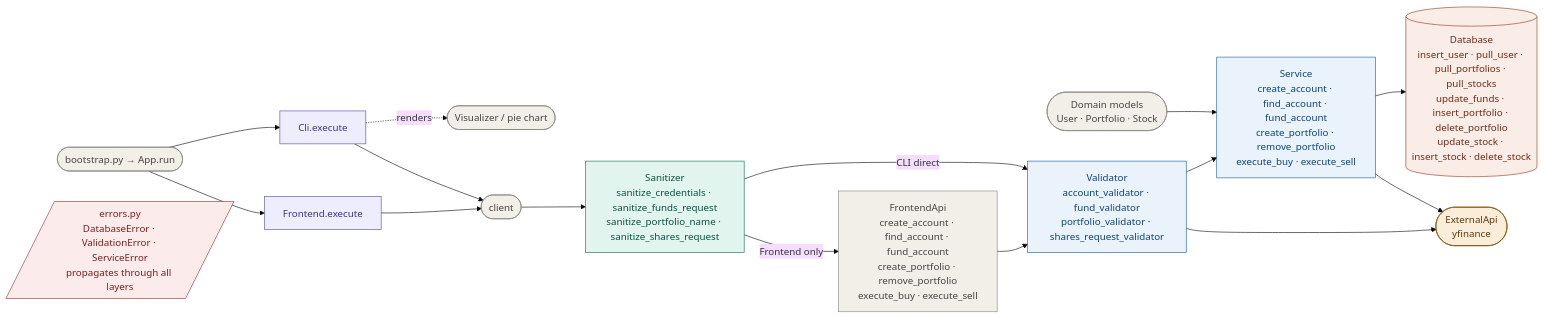
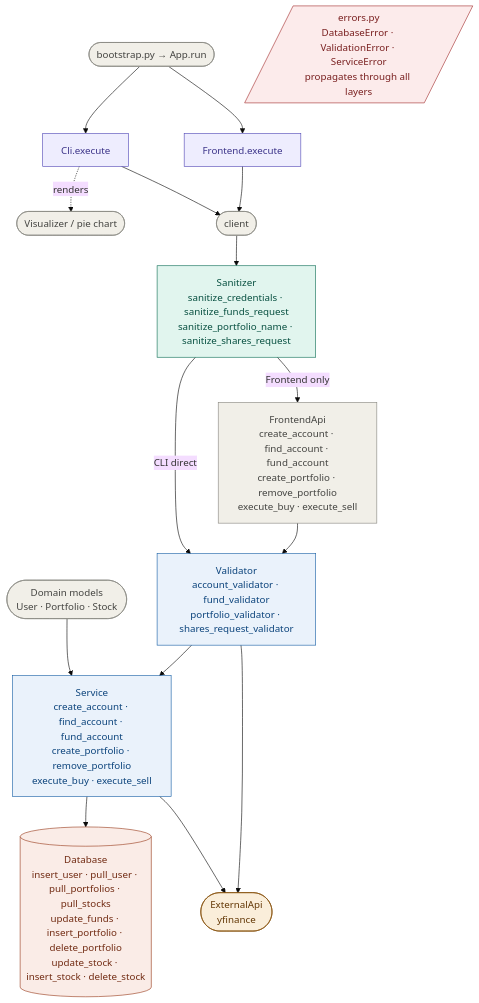
The diagram in README.md (Aditi1900/investment-app), drawn with Mermaid (base theme) before and after one commit.

Commit message:
mermaid testing

````diff
--- a/README.md
+++ b/README.md
@@ -1,47 +1,47 @@
 ```mermaid
-flowchart LR
+flowchart TD
     DOM([Domain models\nUser · Portfolio · Stock])
 
     A([bootstrap.py → App.run])
 
     A --> B[Cli.execute]
     A --> C[Frontend.execute]
     B -.->|renders| VIZ([Visualizer / pie chart])
 
     B --> D([client])
     C --> D
 
     D --> E[Sanitizer\nsanitize_credentials · sanitize_funds_request\nsanitize_portfolio_name · sanitize_shares_request]
 
     E -->|CLI direct| G
     E -->|Frontend only| F[FrontendApi\ncreate_account · find_account · fund_account\ncreate_portfolio · remove_portfolio\nexecute_buy · execute_sell]
     F --> G
 
     %% Domain models on LEFT (feed into service)
     DOM --> H
 
     G[Validator\naccount_validator · fund_validator\nportfolio_validator · shares_request_validator]
     G --> H[Service\ncreate_account · find_account · fund_account\ncreate_portfolio · remove_portfolio\nexecute_buy · execute_sell]
 
     H --> I[(Database\ninsert_user · pull_user · pull_portfolios · pull_stocks\nupdate_funds · insert_portfolio · delete_portfolio\nupdate_stock · insert_stock · delete_stock)]
 
     %% External API on RIGHT (used by service)
     H --> EXT([ExternalApi\nyfinance])
     G --> EXT
 
     ERR[/errors.py\nDatabaseError · ValidationError · ServiceError\npropagates through all layers/]
 
     style A fill:#F1EFE8,stroke:#888780,color:#444441
     style D fill:#F1EFE8,stroke:#888780,color:#444441
     style VIZ fill:#F1EFE8,stroke:#888780,color:#444441
     style B fill:#EEEDFE,stroke:#534AB7,color:#3C3489
     style C fill:#EEEDFE,stroke:#534AB7,color:#3C3489
     style E fill:#E1F5EE,stroke:#0F6E56,color:#085041
     style F fill:#F1EFE8,stroke:#888780,color:#444441
     style G fill:#EAF2FB,stroke:#185FA5,color:#0C447C
     style H fill:#EAF2FB,stroke:#185FA5,color:#0C447C
     style I fill:#FAECE7,stroke:#993C1D,color:#712B13
     style EXT fill:#FAEEDA,stroke:#854F0B,color:#633806
     style DOM fill:#F1EFE8,stroke:#888780,color:#444441
     style ERR fill:#FCEBEB,stroke:#A32D2D,color:#791F1F
 ```
````
